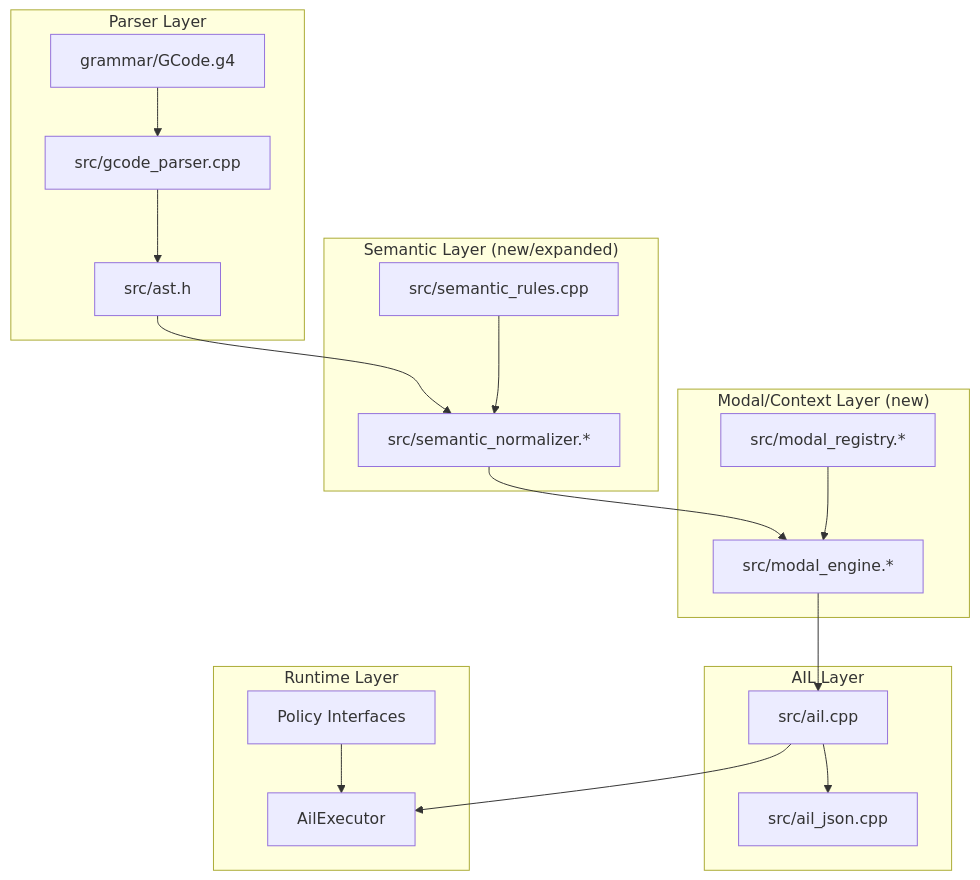
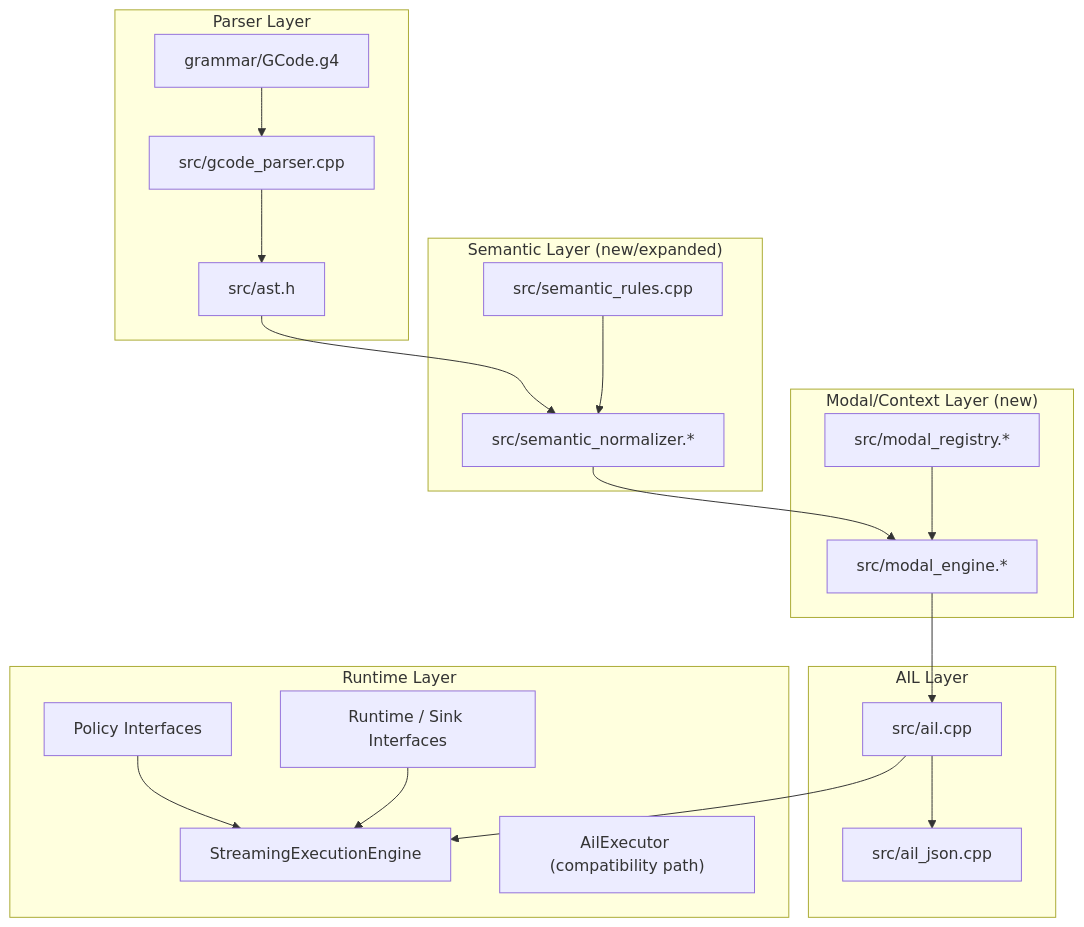
Before and after one commit to liufang-robot/experimental_gcode_parser: the second of 4 diagrams in ARCHITECTURE.md, drawn with Mermaid. The commit also changed other lines of this file and 10 other files, not shown here.

Commit message:
docs: define streaming execution contract

````diff
--- a/ARCHITECTURE.md
+++ b/ARCHITECTURE.md
@@ -35,34 +43,37 @@
 ```mermaid
 flowchart TB
   subgraph parser["Parser Layer"]
     G4["grammar/GCode.g4"]
     GP["src/gcode_parser.cpp"]
     AST["src/ast.h"]
   end
 
   subgraph semantic["Semantic Layer (new/expanded)"]
     SN["src/semantic_normalizer.*"]
     SR["src/semantic_rules.cpp"]
   end
 
   subgraph modal["Modal/Context Layer (new)"]
     ME["src/modal_engine.*"]
     MR["src/modal_registry.*"]
   end
 
   subgraph ail["AIL Layer"]
     AL["src/ail.cpp"]
     AJ["src/ail_json.cpp"]
   end
 
   subgraph runtime["Runtime Layer"]
-    EX["AilExecutor"]
+    SE["StreamingExecutionEngine"]
+    RI["Runtime / Sink Interfaces"]
+    EX["AilExecutor (compatibility path)"]
     PL["Policy Interfaces"]
   end
 
-  G4 --> GP --> AST --> SN --> ME --> AL --> EX
+  G4 --> GP --> AST --> SN --> ME --> AL --> SE
   SR --> SN
   MR --> ME
   AL --> AJ
-  PL --> EX
+  PL --> SE
+  RI --> SE
 ```
````
